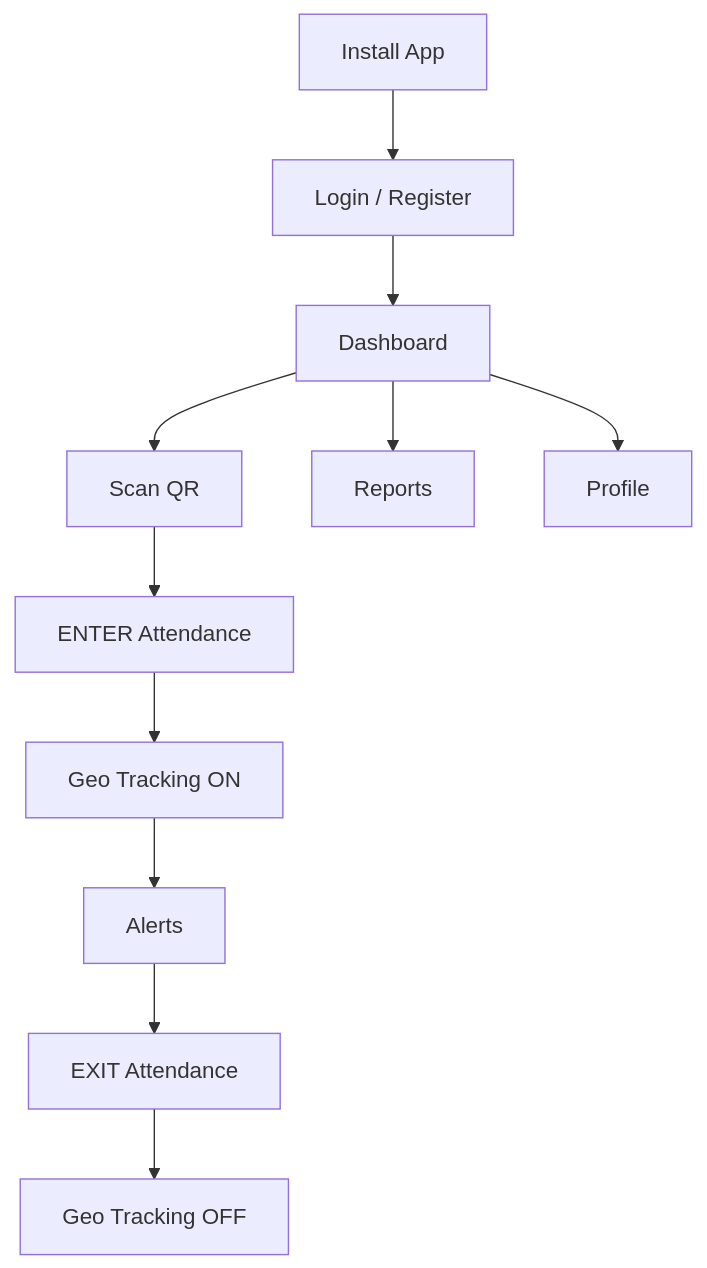
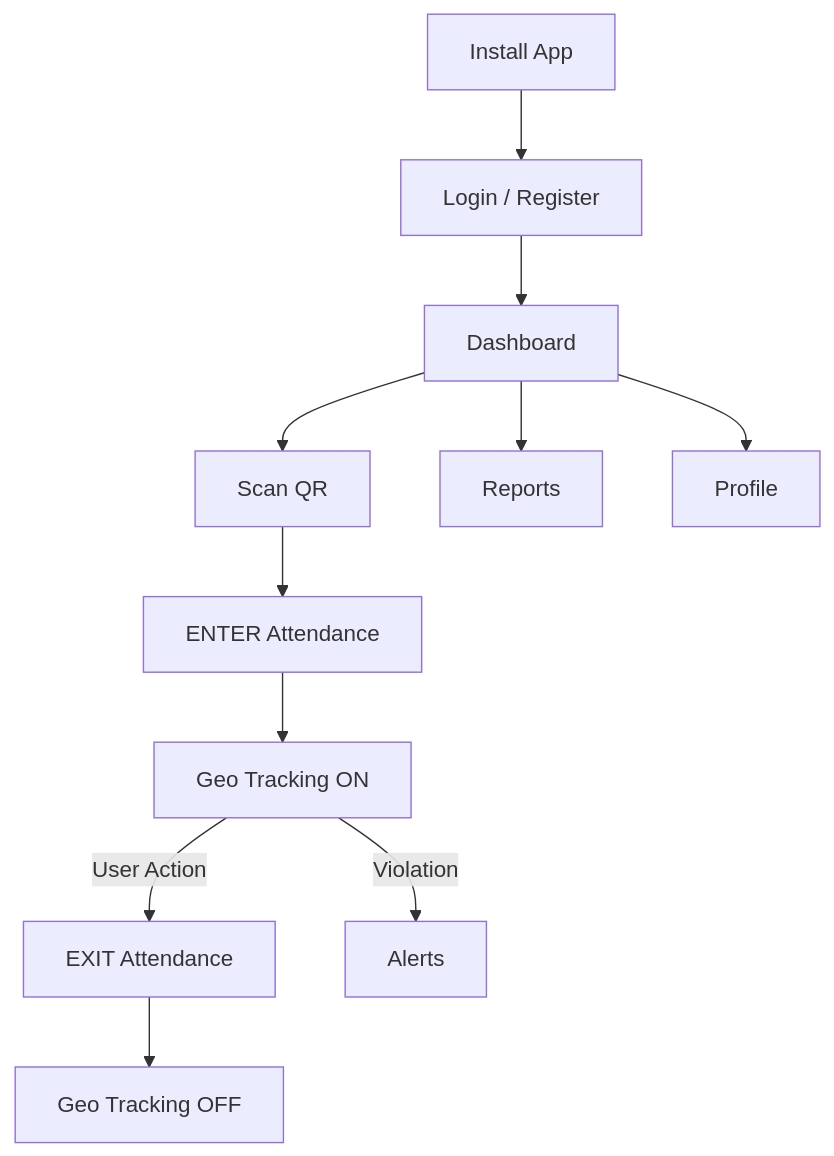
One commit to jitenderdeveloper/concept changed the second of 4 diagrams in README.md. Above: the diagram before and after it, drawn with Mermaid. The commit also changed other lines of this file and 4 other files, not shown here.

````diff
--- a/README.md
+++ b/README.md
@@ -108,13 +115,13 @@
 ```mermaid
 flowchart TD
 A[Install App] --> B[Login / Register]
 B --> C[Dashboard]
 C --> D[Scan QR]
 D --> E[ENTER Attendance]
 E --> F[Geo Tracking ON]
-F --> G[Alerts]
-G --> H[EXIT Attendance]
+F -->|User Action| H[EXIT Attendance]
+F -->|Violation| G[Alerts]
 H --> I[Geo Tracking OFF]
 C --> J[Reports]
 C --> K[Profile]
 ```
````
